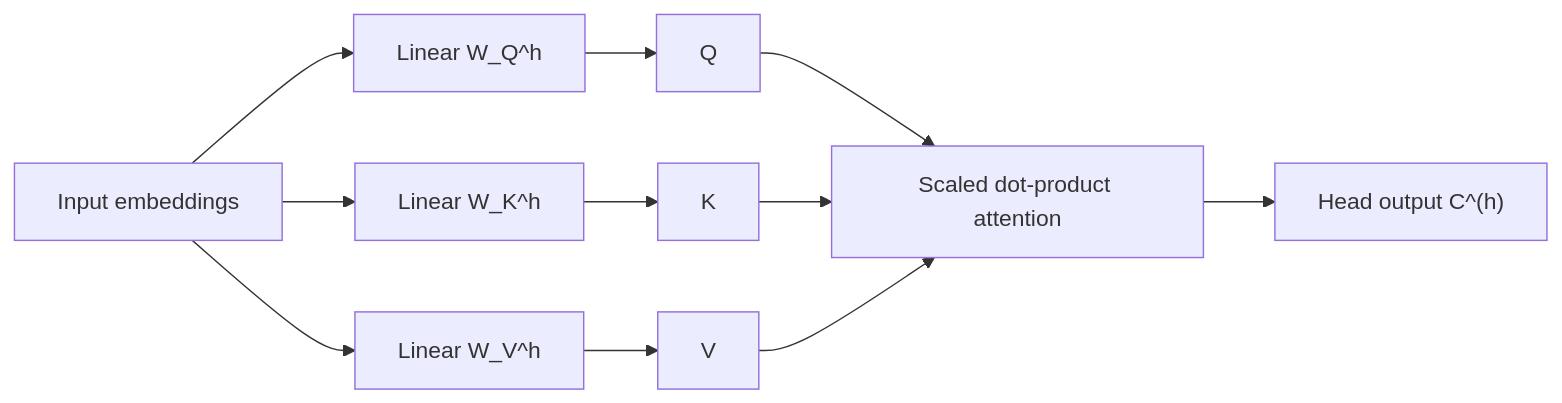
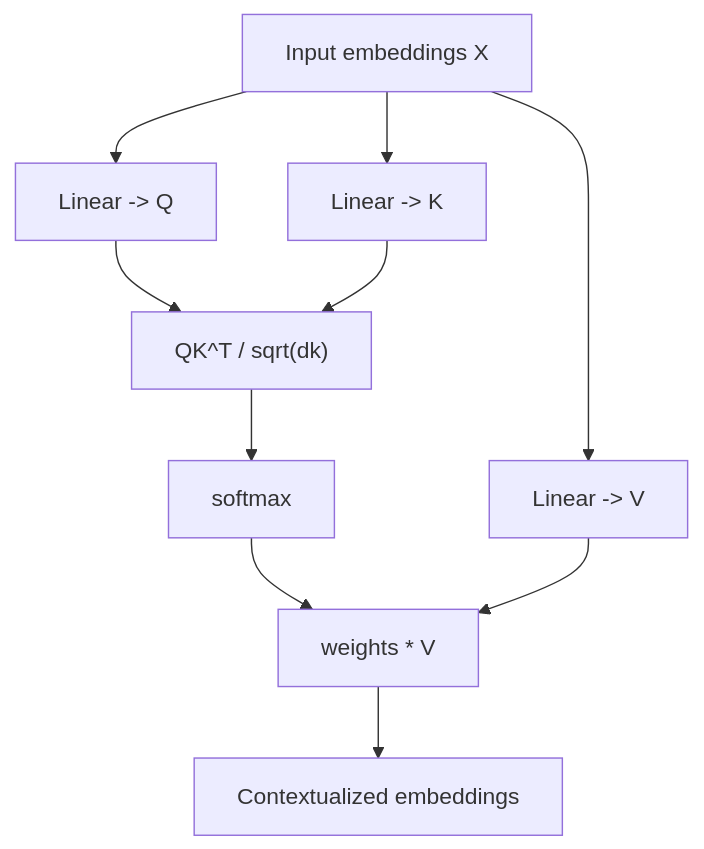
The second of 2 diagrams in generative-ai/notes/03-transformer-architecture.md (Traenqui/bsc-informatik-fh-ost), drawn with Mermaid before and after one commit. The commit also changed other lines of this file and 12 other files, not shown here.

````diff
--- a/generative-ai/notes/03-transformer-architecture.md
+++ b/generative-ai/notes/03-transformer-architecture.md
@@ -145,10 +117,12 @@
 ```mermaid
-flowchart LR
-  X[Input embeddings] --> LQ[Linear W_Q^h] --> Q
-  X --> LK[Linear W_K^h] --> K
-  X --> LV[Linear W_V^h] --> V
-  Q --> ATT[Scaled dot-product attention]
-  K --> ATT
-  V --> ATT
-  ATT --> CH["Head output C^(h)"]
+flowchart TD
+  X[Input embeddings X] --> Q[Linear -> Q]
+  X --> K[Linear -> K]
+  X --> V[Linear -> V]
+  Q --> DP["QK^T / sqrt(dk)"]
+  K --> DP
+  DP --> SM[softmax]
+  SM --> WV[weights * V]
+  V --> WV
+  WV --> O[Contextualized embeddings]
 ```
````
